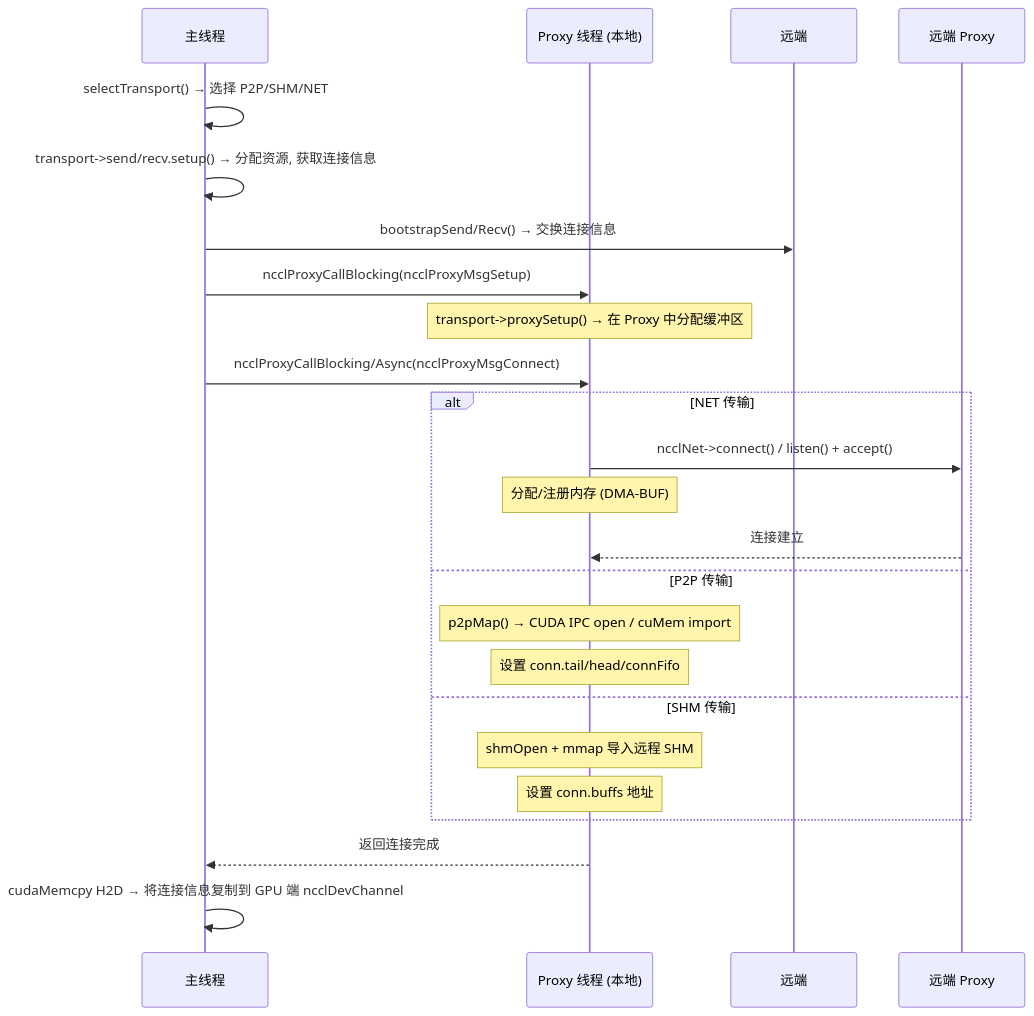
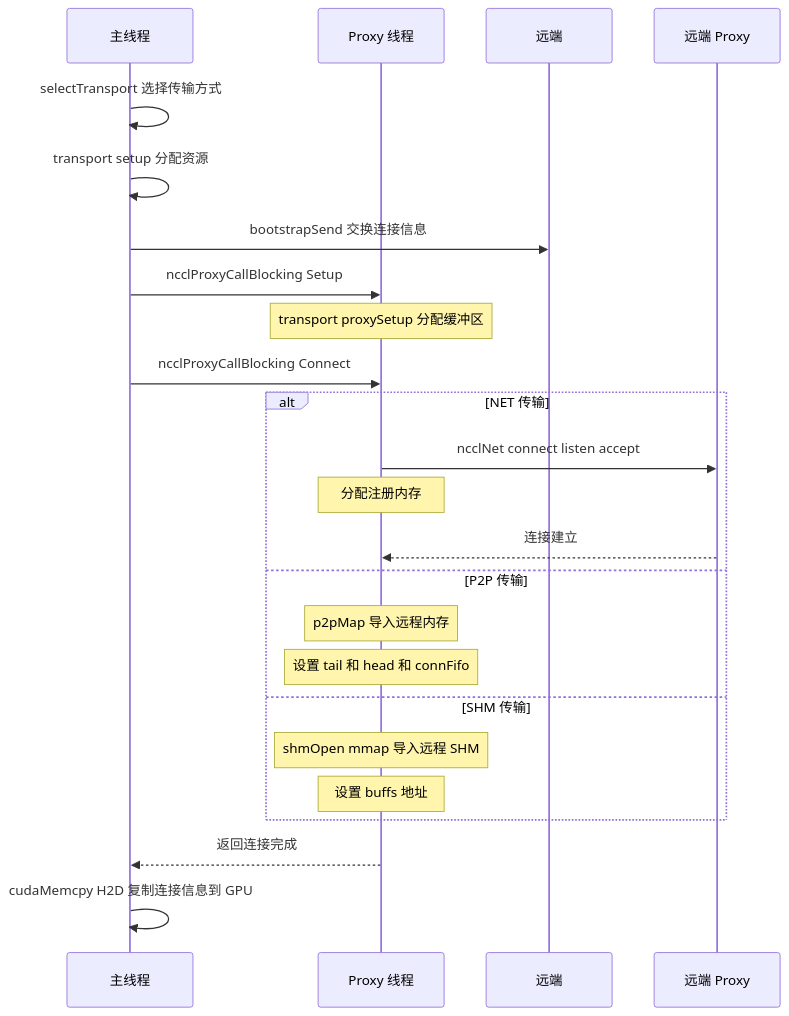
Before and after one commit to carlvinhust2012/MyStudy: the eighth of 10 diagrams in AI Infra相关/nccl/nccl通信流程分析.md, drawn with Mermaid. The commit also changed other lines of this file, not shown here.

Commit message:
update the nccl file

````diff
--- a/AI Infra相关/nccl/nccl通信流程分析.md
+++ b/AI Infra相关/nccl/nccl通信流程分析.md
@@ -450,31 +440,31 @@
 ```mermaid
 sequenceDiagram
     participant Main as 主线程
-    participant PX as Proxy 线程 (本地)
+    participant PX as Proxy 线程
     participant Remote as 远端
     participant Rpx as 远端 Proxy
 
-    Main->>Main: selectTransport() → 选择 P2P/SHM/NET
-    Main->>Main: transport->send/recv.setup() → 分配资源, 获取连接信息
-    Main->>Remote: bootstrapSend/Recv() → 交换连接信息
+    Main->>Main: selectTransport 选择传输方式
+    Main->>Main: transport setup 分配资源
+    Main->>Remote: bootstrapSend 交换连接信息
 
-    Main->>PX: ncclProxyCallBlocking(ncclProxyMsgSetup)
-    Note over PX: transport->proxySetup() → 在 Proxy 中分配缓冲区
+    Main->>PX: ncclProxyCallBlocking Setup
+    Note over PX: transport proxySetup 分配缓冲区
 
-    Main->>PX: ncclProxyCallBlocking/Async(ncclProxyMsgConnect)
+    Main->>PX: ncclProxyCallBlocking Connect
 
     alt NET 传输
-        PX->>Rpx: ncclNet->connect() / listen() + accept()
-        Note over PX: 分配/注册内存 (DMA-BUF)
+        PX->>Rpx: ncclNet connect listen accept
+        Note over PX: 分配注册内存
         Rpx-->>PX: 连接建立
     else P2P 传输
-        Note over PX: p2pMap() → CUDA IPC open / cuMem import
-        Note over PX: 设置 conn.tail/head/connFifo
+        Note over PX: p2pMap 导入远程内存
+        Note over PX: 设置 tail 和 head 和 connFifo
     else SHM 传输
-        Note over PX: shmOpen + mmap 导入远程 SHM
-        Note over PX: 设置 conn.buffs 地址
+        Note over PX: shmOpen mmap 导入远程 SHM
+        Note over PX: 设置 buffs 地址
     end
 
     PX-->>Main: 返回连接完成
-    Main->>Main: cudaMemcpy H2D → 将连接信息复制到 GPU 端 ncclDevChannel
+    Main->>Main: cudaMemcpy H2D 复制连接信息到 GPU
 ```
````
